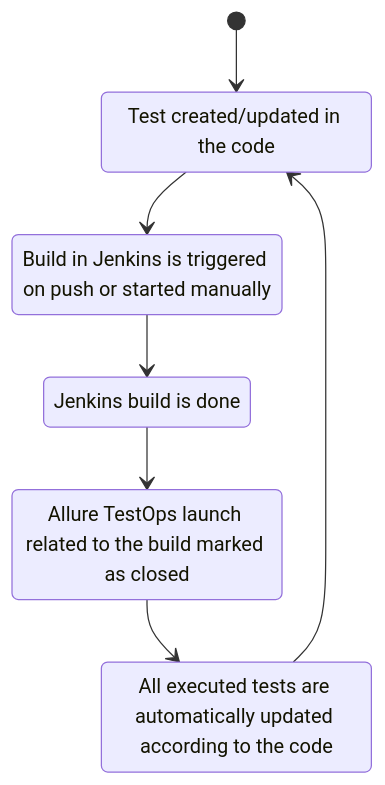
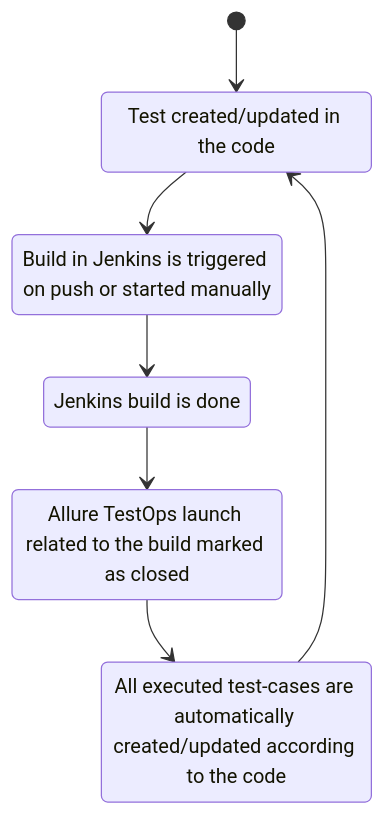
The second of 2 diagrams in README.md (vonoelv/bookmate-test-project), drawn with Mermaid before and after one commit.

````diff
--- a/README.md
+++ b/README.md
@@ -354,14 +354,14 @@
 ```mermaid
 stateDiagram-v2
 state "Test created/updated in the code" as A
 state "Build in Jenkins is triggered on push or started manually" as B
 state "Jenkins build is done" as C
 state "Allure TestOps launch related to the build marked as closed" as D
-state "All executed tests are automatically updated according to the code" as E
+state "All executed test-cases are automatically created/updated according to the code" as E
 [*] --> A
 A --> B
 B --> C
 C --> D
 D --> E
 E --> A
 ```
````
